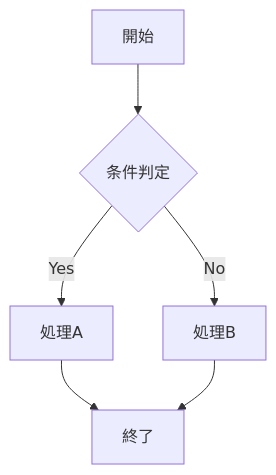
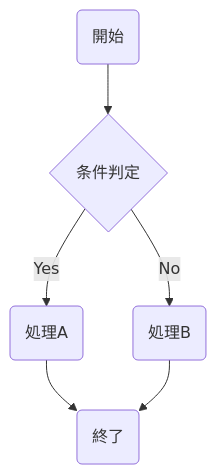
Before and after one commit to karimatan1106/workflow-plugin: the second of 2 diagrams in CLAUDE.md, drawn with Mermaid. The commit also changed 2 other files, not shown here.

Commit message:
fix: expand summary template to 5 items and add flowchart/memory fixes

````diff
--- a/CLAUDE.md
+++ b/CLAUDE.md
@@ -1979,8 +1979,8 @@
 ```mermaid
 flowchart TD
-    A[開始] --> B{条件判定}
-    B -->|Yes| C[処理A]
-    B -->|No| D[処理B]
-    C --> E[終了]
+    A(開始) --> B{条件判定}
+    B -->|Yes| C(処理A)
+    B -->|No| D(処理B)
+    C --> E(終了)
     D --> E
 ```
````
